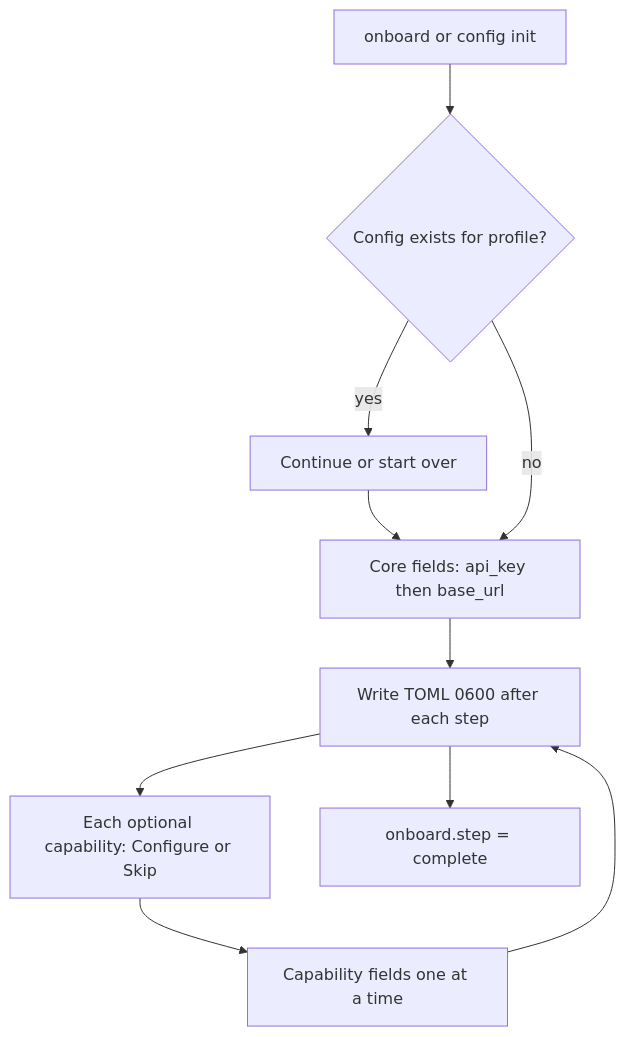
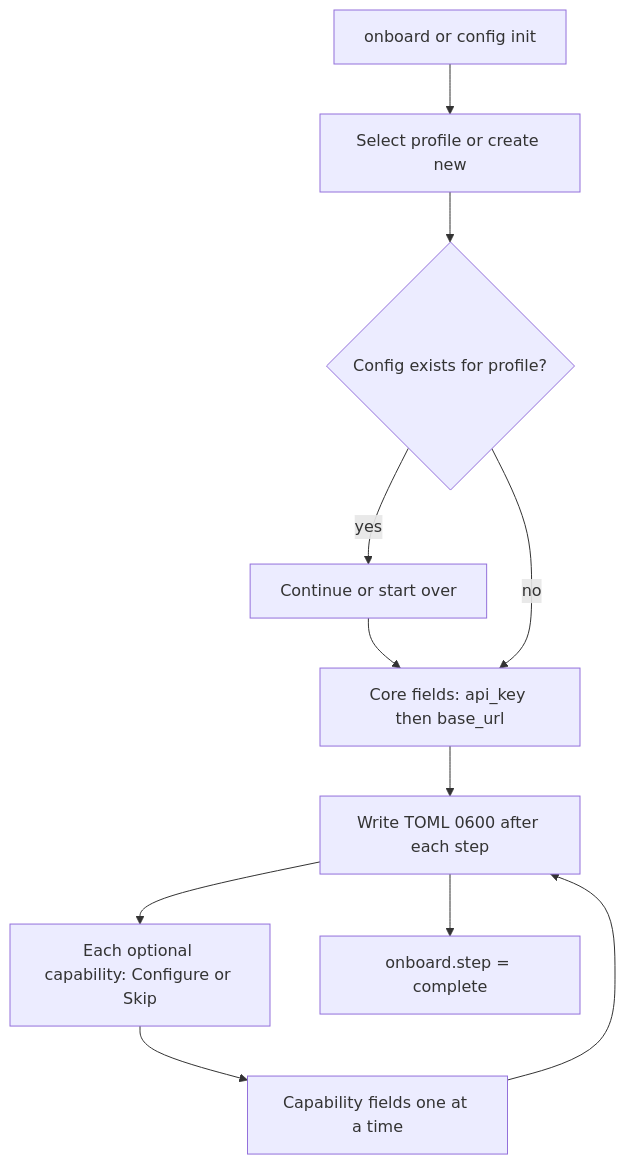
One commit to cisco-ai-defense/ai-defense-cli changed the first of 2 diagrams in docs/specs/006-cli-config/design.md. Above: the diagram before and after it, drawn with Mermaid. The commit also changed other lines of this file and 8 other files, not shown here.

````diff
--- a/docs/specs/006-cli-config/design.md
+++ b/docs/specs/006-cli-config/design.md
@@ -7,19 +7,21 @@
 ```mermaid
 flowchart TD
   entry[onboard or config init]
+  profile[Select profile or create new]
   existing{Config exists for profile?}
   pick[Continue or start over]
   core[Core fields: api_key then base_url]
   hub[Each optional capability: Configure or Skip]
   modules[Capability fields one at a time]
   write[Write TOML 0600 after each step]
 
-  entry --> existing
+  entry --> profile
+  profile --> existing
   existing -->|yes| pick --> core
   existing -->|no| core
   core --> write
   write --> hub
   hub --> modules
   modules --> write
   write --> complete[onboard.step = complete]
 ```
````
